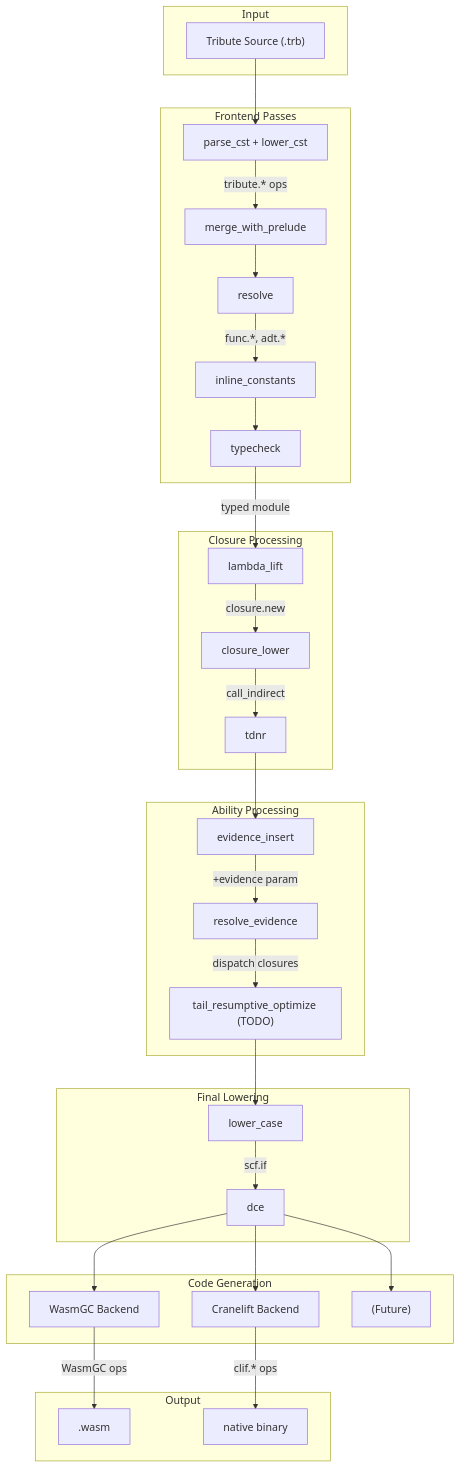
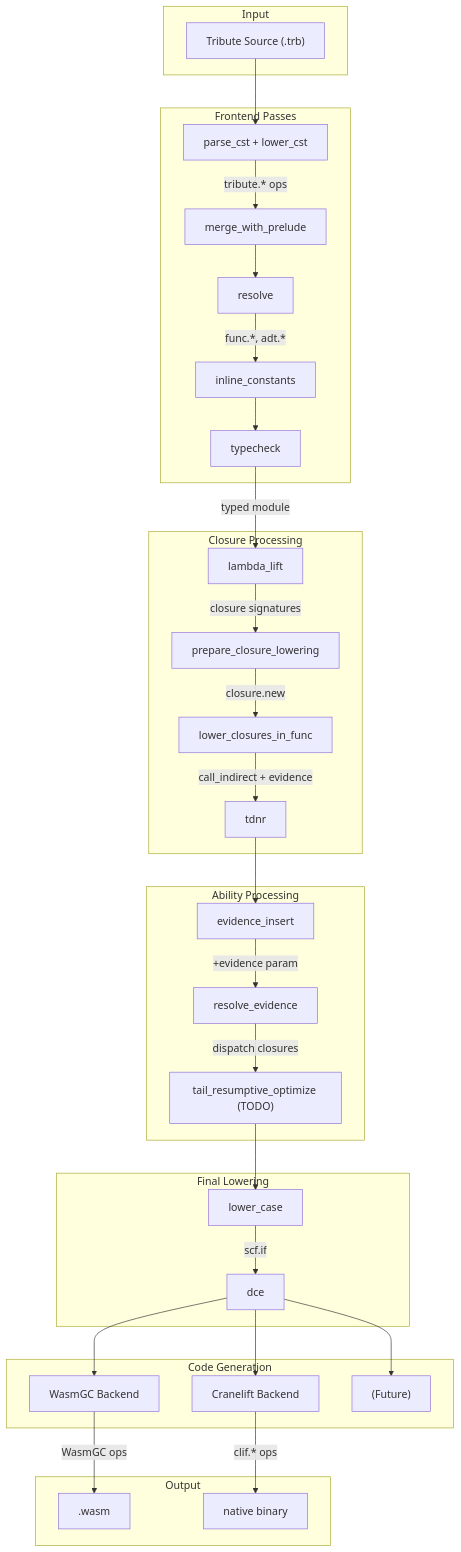
Before and after one commit to Kroisse/tribute: the diagram in new-plans/implementation.md, drawn with Mermaid. The commit also changed other lines of this file and 9 other files, not shown here.

Commit message:
Split closure lowering into a function pass (#755)

````diff
--- a/new-plans/implementation.md
+++ b/new-plans/implementation.md
@@ -517,59 +517,61 @@
 ```mermaid
 flowchart TB
     subgraph input["Input"]
         source["Tribute Source (.trb)"]
     end
 
     subgraph frontend["Frontend Passes"]
         parse["parse_cst + lower_cst"]
         prelude["merge_with_prelude"]
         resolve["resolve"]
         const_inline["inline_constants"]
         typecheck["typecheck"]
     end
 
     subgraph closure["Closure Processing"]
         lambda_lift["lambda_lift"]
-        closure_lower["closure_lower"]
+        closure_prep["prepare_closure_lowering"]
+        closure_func["lower_closures_in_func"]
         tdnr["tdnr"]
     end
 
     subgraph ability["Ability Processing"]
         evidence["evidence_insert"]
         resolve_ev["resolve_evidence"]
         tail_opt["tail_resumptive_optimize (TODO)"]
     end
 
     subgraph lowering["Final Lowering"]
         lower_case["lower_case"]
         dce["dce"]
     end
 
     subgraph backends["Code Generation"]
         wasm["WasmGC Backend"]
         cranelift["Cranelift Backend"]
         future["(Future)"]
     end
 
     subgraph output["Output"]
         wasm_bin[".wasm"]
         native["native binary"]
     end
 
     source --> parse
     parse -->|"tribute.* ops"| prelude
     prelude --> resolve
     resolve -->|"func.*, adt.*"| const_inline
     const_inline --> typecheck
     typecheck -->|"typed module"| lambda_lift
-    lambda_lift -->|"closure.new"| closure_lower
-    closure_lower -->|"call_indirect"| tdnr
+    lambda_lift -->|"closure signatures"| closure_prep
+    closure_prep -->|"closure.new"| closure_func
+    closure_func -->|"call_indirect + evidence"| tdnr
     tdnr --> evidence
     evidence -->|"+evidence param"| resolve_ev
     resolve_ev -->|"dispatch closures"| tail_opt
     tail_opt --> lower_case
     lower_case -->|"scf.if"| dce
     dce --> wasm & cranelift & future
     wasm -->|"WasmGC ops"| wasm_bin
     cranelift -->|"clif.* ops"| native
 ```
````
